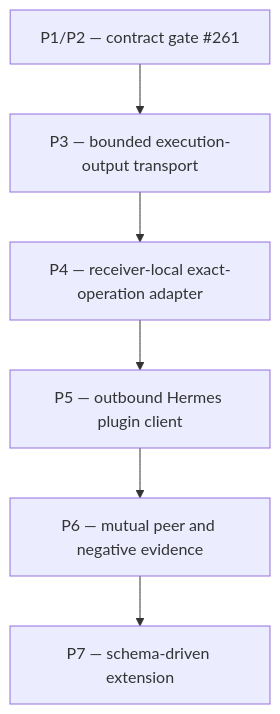
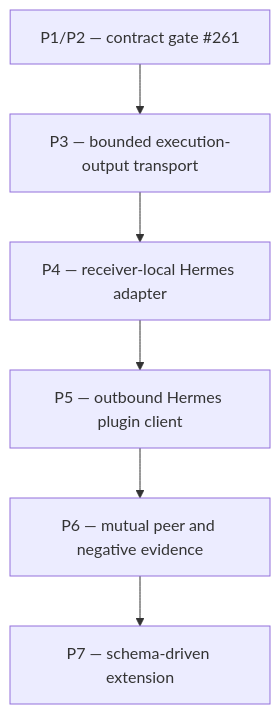
The diagram in docs/plans/2026-07-18-secs-hermes-peer-chat-dag.md (ZenithResearch/secS-magik), drawn with Mermaid before and after one commit. The commit also changed other lines of this file and 4 other files, not shown here.

````diff
--- a/docs/plans/2026-07-18-secs-hermes-peer-chat-dag.md
+++ b/docs/plans/2026-07-18-secs-hermes-peer-chat-dag.md
@@ -15,15 +15,15 @@
 ```mermaid
 graph TD
   P12[P1/P2 — contract gate #261]
   P3[P3 — bounded execution-output transport]
-  P4[P4 — receiver-local exact-operation adapter]
+  P4[P4 — receiver-local Hermes adapter]
   P5[P5 — outbound Hermes plugin client]
   P6[P6 — mutual peer and negative evidence]
   P7[P7 — schema-driven extension]
 
   P12 --> P3
   P3 --> P4
   P4 --> P5
   P5 --> P6
   P6 --> P7
 ```
````
